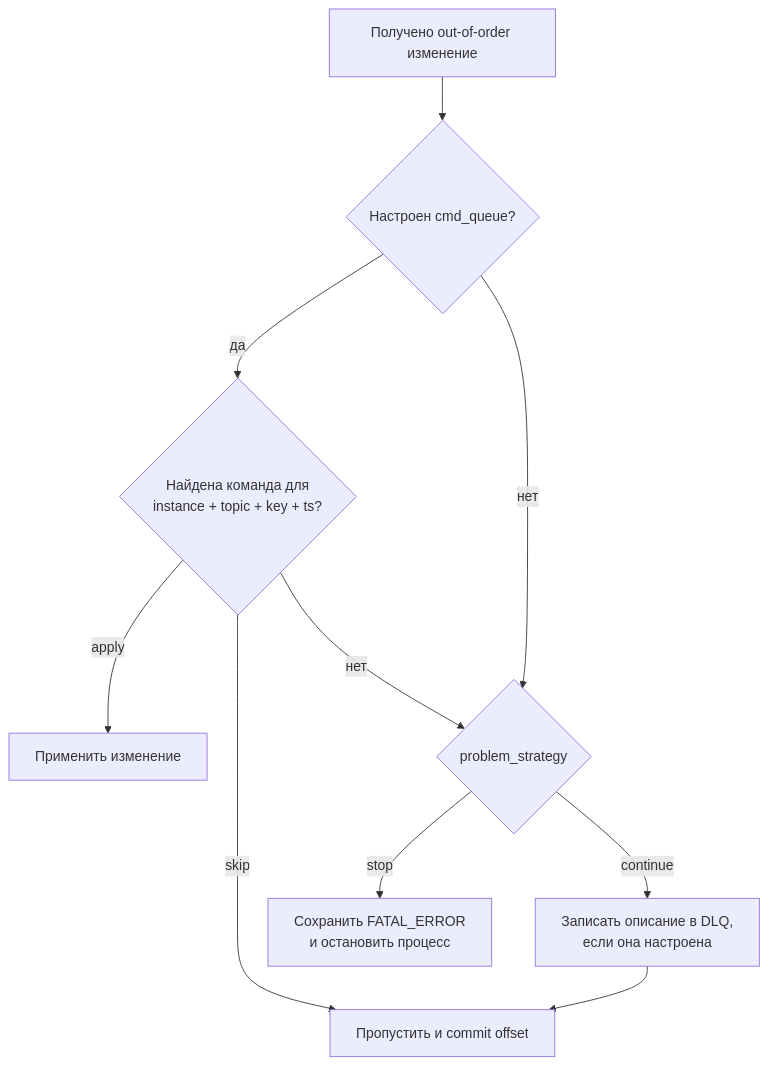
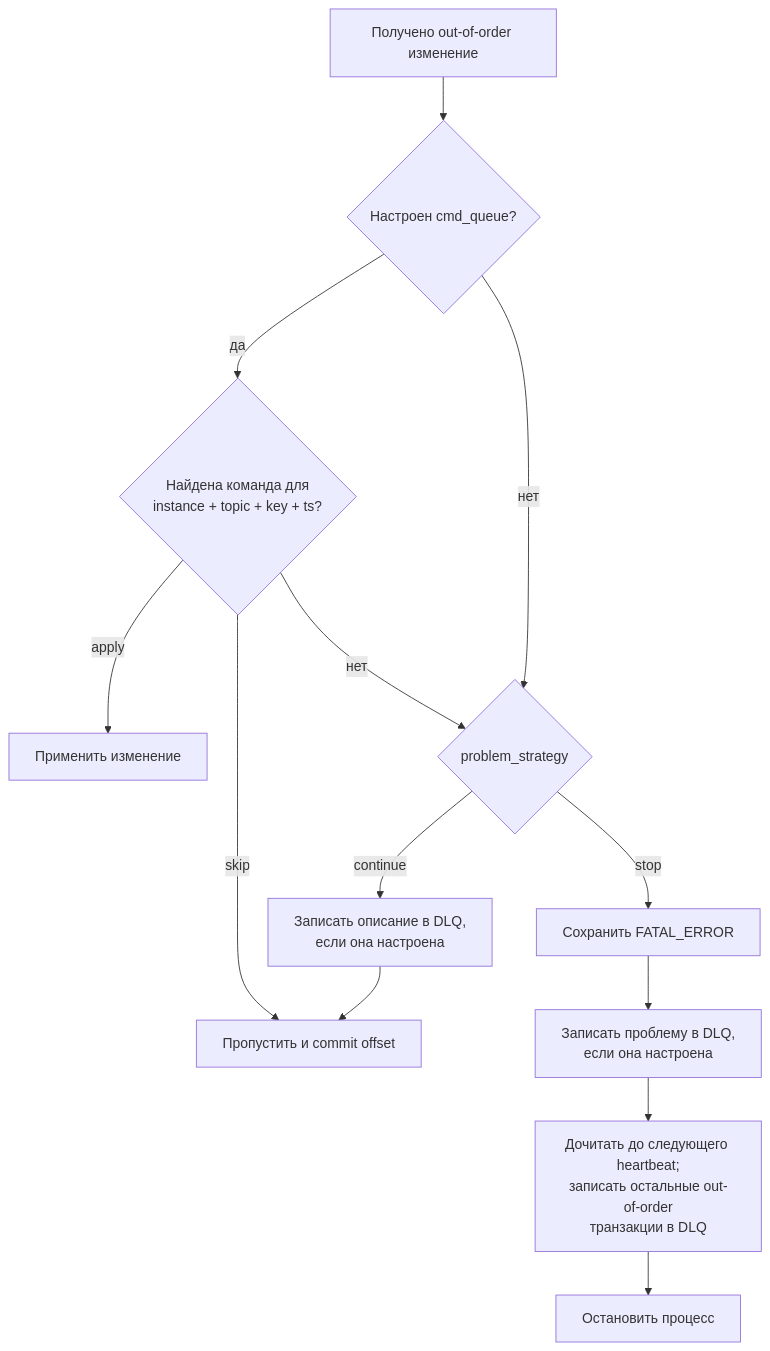
The eighth of 8 diagrams in README.md (ydb-platform/aardappel), drawn with Mermaid before and after one commit. The commit also changed other lines of this file, not shown here.

````diff
--- a/README.md
+++ b/README.md
@@ -1238,12 +1296,15 @@
 ```mermaid
 flowchart TD
     O[Получено out-of-order изменение] --> C{Настроен cmd_queue?}
     C -->|да| F{Найдена команда для<br/>instance + topic + key + ts?}
     F -->|apply| A[Применить изменение]
     F -->|skip| S[Пропустить и commit offset]
     F -->|нет| P{problem_strategy}
     C -->|нет| P
     P -->|continue| D[Записать описание в DLQ,<br/>если она настроена]
     D --> S
-    P -->|stop| E[Сохранить FATAL_ERROR<br/>и остановить процесс]
+    P -->|stop| E[Сохранить FATAL_ERROR]
+    E --> SD[Записать проблему в DLQ,<br/>если она настроена]
+    SD --> R[Дочитать до следующего heartbeat;<br/>записать остальные out-of-order<br/>транзакции в DLQ]
+    R --> X[Остановить процесс]
 ```
````
